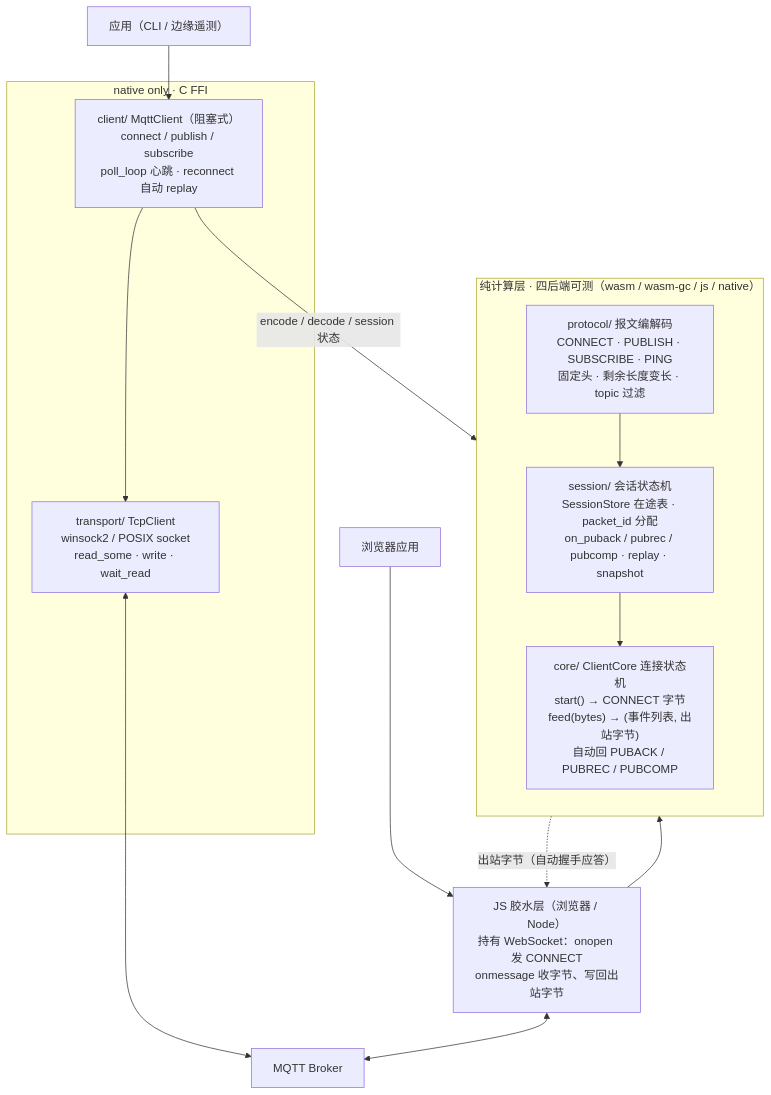
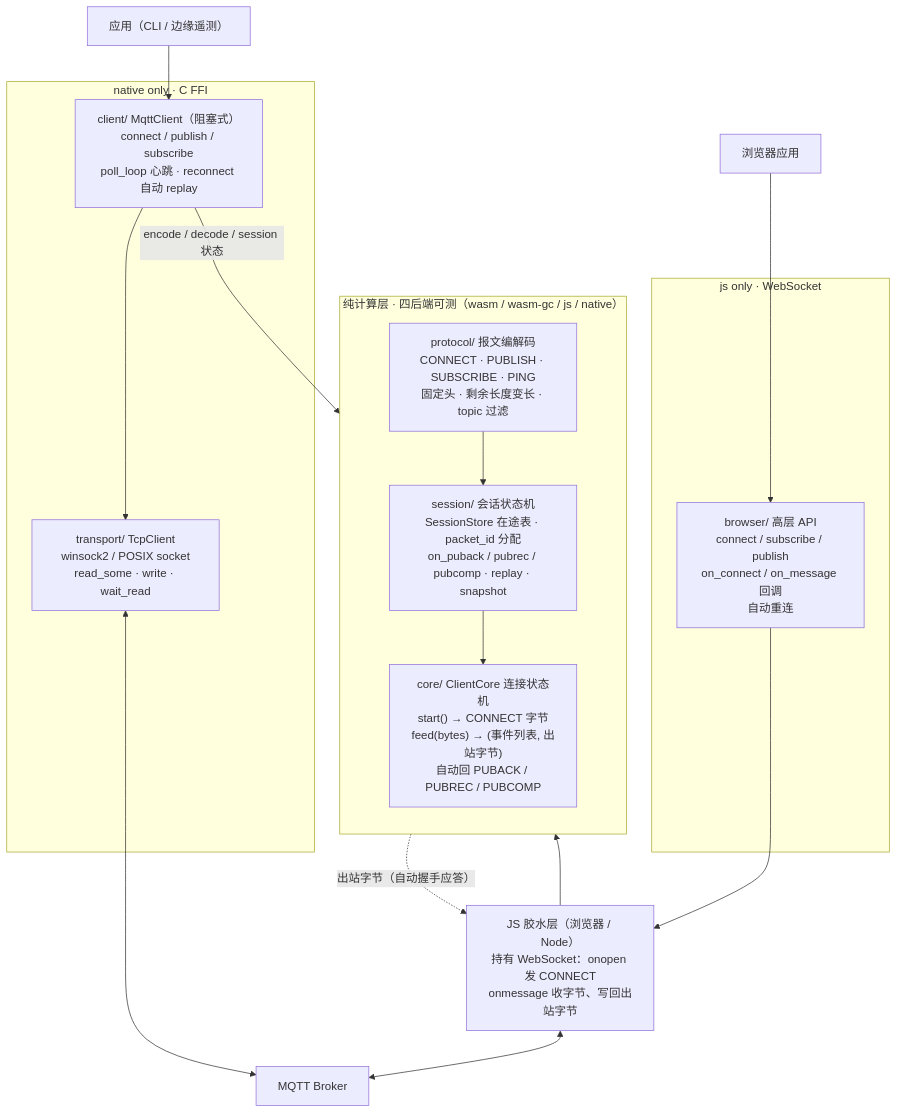
Before and after one commit to Duckweed-yhb/moon-mqtt: the first of 2 diagrams in README.md, drawn with Mermaid. The commit also changed other lines of this file and 5 other files, not shown here.

Commit message:
feat(browser): add browser client package with high-level API + demo

````diff
--- a/README.md
+++ b/README.md
@@ -153,27 +198,32 @@
 ```mermaid
 flowchart TB
     subgraph pure["纯计算层 · 四后端可测（wasm / wasm-gc / js / native）"]
         direction TB
         proto["protocol/ 报文编解码<br/>CONNECT · PUBLISH · SUBSCRIBE · PING<br/>固定头 · 剩余长度变长 · topic 过滤"]
         sess["session/ 会话状态机<br/>SessionStore 在途表 · packet_id 分配<br/>on_puback / pubrec / pubcomp · replay · snapshot"]
         core["core/ ClientCore 连接状态机<br/>start() → CONNECT 字节<br/>feed(bytes) → (事件列表, 出站字节)<br/>自动回 PUBACK / PUBREC / PUBCOMP"]
         proto --> sess --> core
     end
 
     subgraph native["native only · C FFI"]
         cli["client/ MqttClient（阻塞式）<br/>connect / publish / subscribe<br/>poll_loop 心跳 · reconnect 自动 replay"]
         tr["transport/ TcpClient<br/>winsock2 / POSIX socket<br/>read_some · write · wait_read"]
         cli --> tr
     end
 
+    subgraph browser["js only · WebSocket"]
+        br["browser/ 高层 API<br/>connect / subscribe / publish<br/>on_connect / on_message 回调<br/>自动重连"]
+    end
+
     glue["JS 胶水层（浏览器 / Node）<br/>持有 WebSocket：onopen 发 CONNECT<br/>onmessage 收字节、写回出站字节"]
 
     app1["应用（CLI / 边缘遥测）"] --> cli
-    app2["浏览器应用"] --> glue
+    app2["浏览器应用"] --> br
+    br --> glue
 
     glue --> core
     core -.->|"出站字节（自动握手应答）"| glue
     cli -->|"encode / decode / session 状态"| proto
     tr <--> broker["MQTT Broker"]
     glue <--> broker
 ```
````
